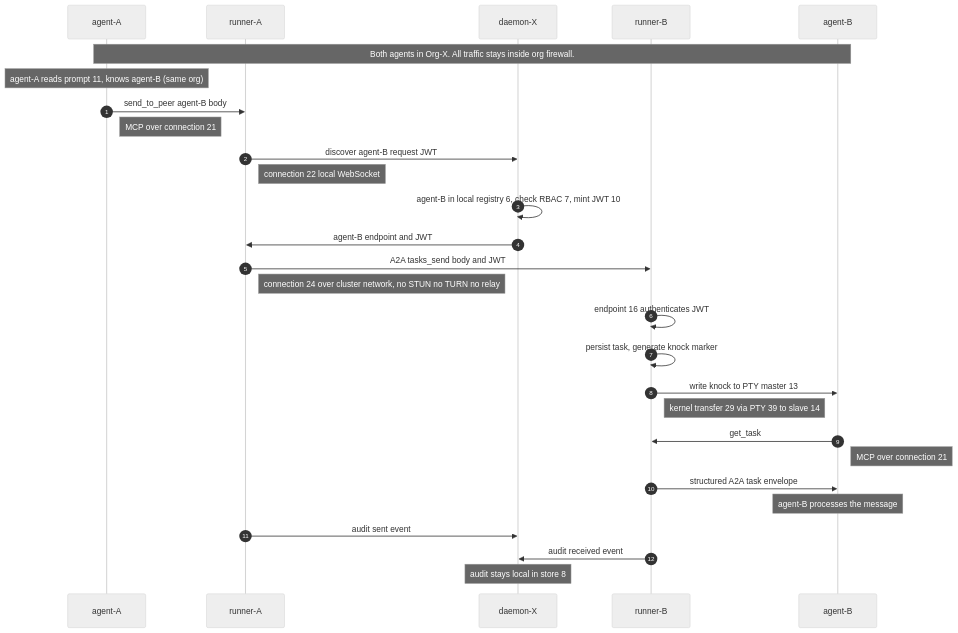
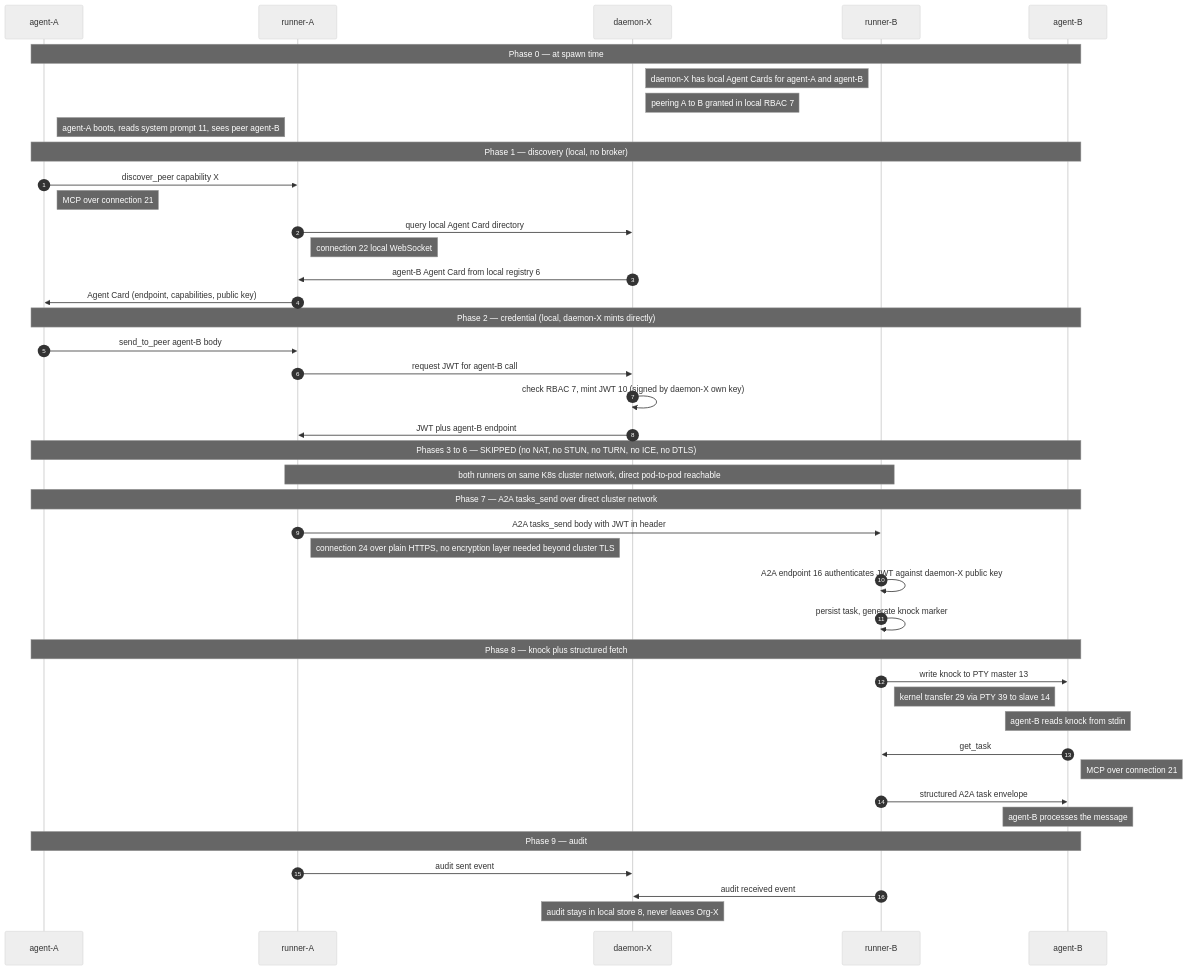
The first of 3 diagrams in docs/V0.9.1-COMPONENT-INVENTORY.md (agenity-org/agenity), drawn with Mermaid (neutral theme) before and after one commit. The commit also changed other lines of this file, not shown here.

````diff
--- a/docs/V0.9.1-COMPONENT-INVENTORY.md
+++ b/docs/V0.9.1-COMPONENT-INVENTORY.md
@@ -119,34 +141,51 @@
 ```mermaid
 sequenceDiagram
     autonumber
     participant A as agent-A
     participant RA as runner-A
     participant CPX as daemon-X
     participant RB as runner-B
     participant B as agent-B
 
-    Note over A,B: Both agents in Org-X. All traffic stays inside org firewall.
-    Note over A: agent-A reads prompt 11, knows agent-B (same org)
+    Note over A,B: Phase 0 — at spawn time
+    Note right of CPX: daemon-X has local Agent Cards for agent-A and agent-B
+    Note right of CPX: peering A to B granted in local RBAC 7
+    Note right of A: agent-A boots, reads system prompt 11, sees peer agent-B
 
+    Note over A,B: Phase 1 — discovery (local, no broker)
+    A->>RA: discover_peer capability X
+    Note right of A: MCP over connection 21
+    RA->>CPX: query local Agent Card directory
+    Note right of RA: connection 22 local WebSocket
+    CPX->>RA: agent-B Agent Card from local registry 6
+    RA->>A: Agent Card (endpoint, capabilities, public key)
+
+    Note over A,B: Phase 2 — credential (local, daemon-X mints directly)
     A->>RA: send_to_peer agent-B body
-    Note right of A: MCP over connection 21
-    RA->>CPX: discover agent-B request JWT
-    Note right of RA: connection 22 local WebSocket
-    CPX->>CPX: agent-B in local registry 6, check RBAC 7, mint JWT 10
-    CPX->>RA: agent-B endpoint and JWT
+    RA->>CPX: request JWT for agent-B call
+    CPX->>CPX: check RBAC 7, mint JWT 10 (signed by daemon-X own key)
+    CPX->>RA: JWT plus agent-B endpoint
 
-    RA->>RB: A2A tasks_send body and JWT
-    Note right of RA: connection 24 over cluster network, no STUN no TURN no relay
-    RB->>RB: endpoint 16 authenticates JWT
+    Note over A,B: Phases 3 to 6 — SKIPPED (no NAT, no STUN, no TURN, no ICE, no DTLS)
+    Note over RA,RB: both runners on same K8s cluster network, direct pod-to-pod reachable
+
+    Note over A,B: Phase 7 — A2A tasks_send over direct cluster network
+    RA->>RB: A2A tasks_send body with JWT in header
+    Note right of RA: connection 24 over plain HTTPS, no encryption layer needed beyond cluster TLS
+    RB->>RB: A2A endpoint 16 authenticates JWT against daemon-X public key
     RB->>RB: persist task, generate knock marker
+
+    Note over A,B: Phase 8 — knock plus structured fetch
     RB->>B: write knock to PTY master 13
     Note right of RB: kernel transfer 29 via PTY 39 to slave 14
+    Note over B: agent-B reads knock from stdin
     B->>RB: get_task
     Note right of B: MCP over connection 21
     RB->>B: structured A2A task envelope
     Note over B: agent-B processes the message
 
+    Note over A,B: Phase 9 — audit
     RA->>CPX: audit sent event
     RB->>CPX: audit received event
-    Note over CPX: audit stays local in store 8
+    Note over CPX: audit stays in local store 8, never leaves Org-X
 ```
````
